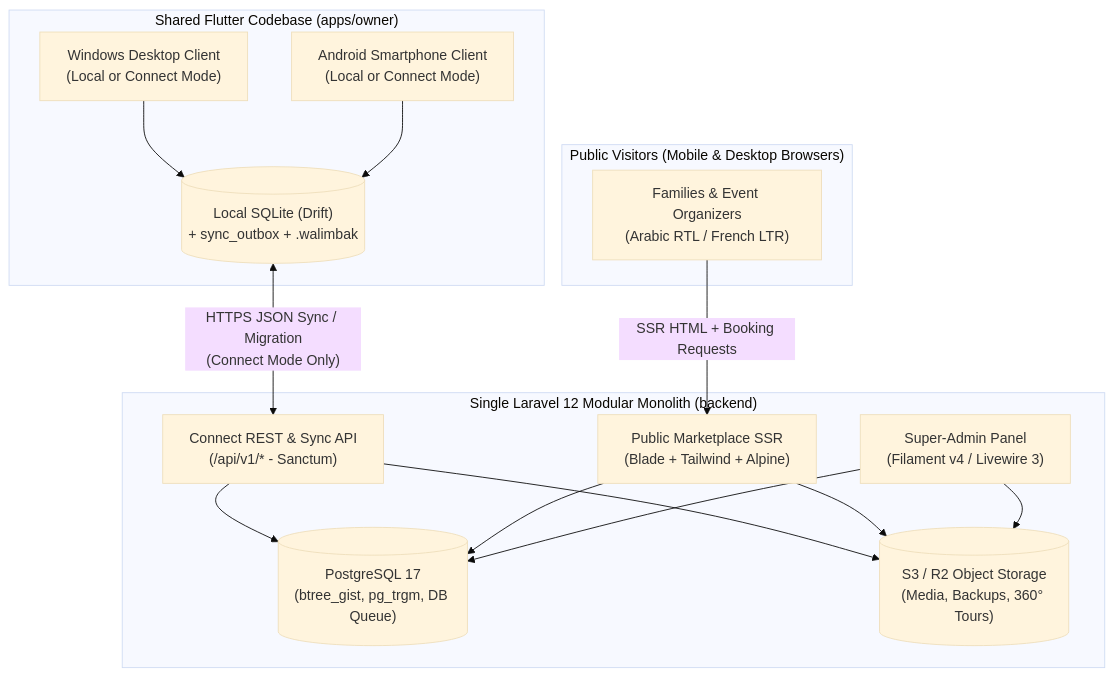
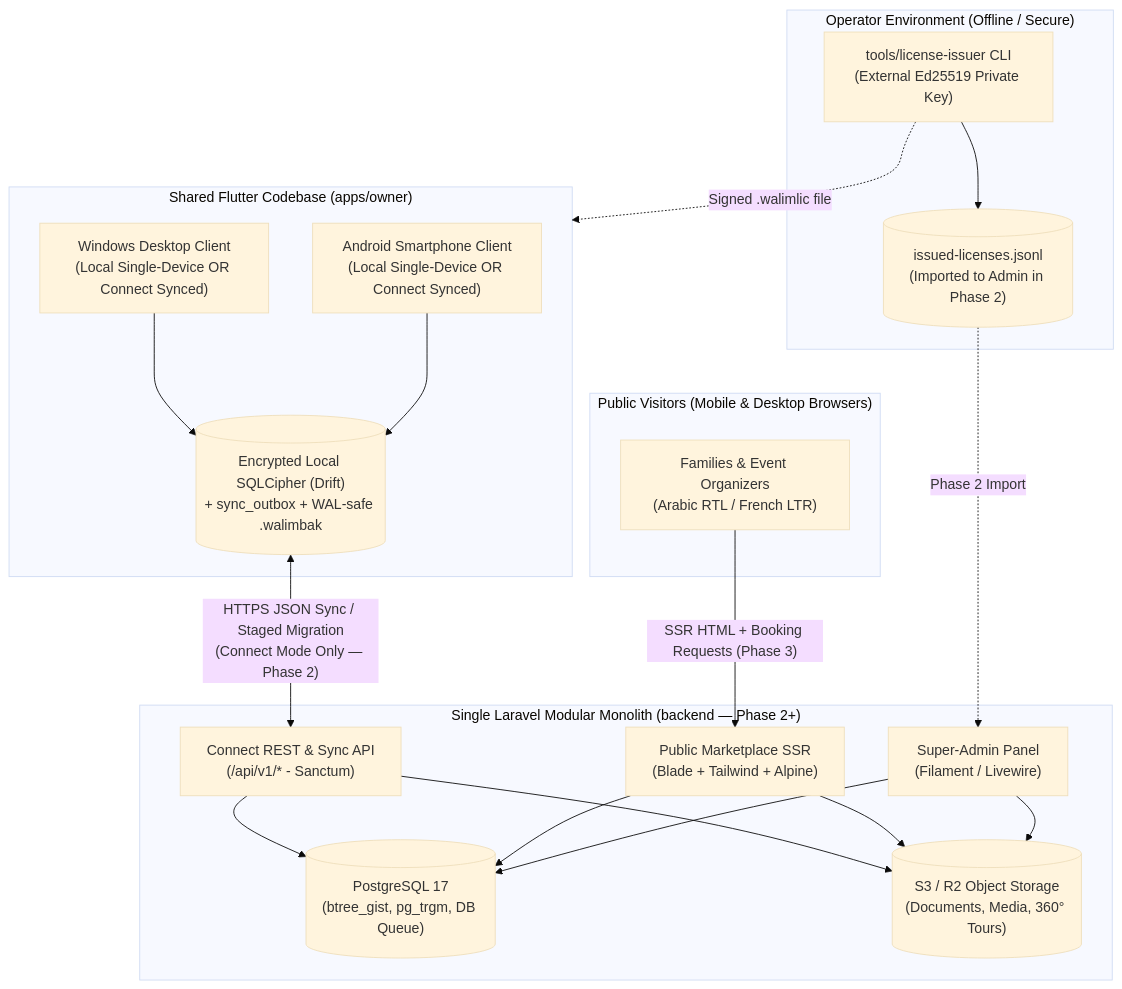
Before and after one commit to zBensadi/walimapp: the first of 2 diagrams in docs/architecture.md, drawn with Mermaid (base theme). The commit also changed other lines of this file and 10 other files, not shown here.

````diff
--- a/docs/architecture.md
+++ b/docs/architecture.md
@@ -20,32 +23,40 @@
 ```mermaid
 flowchart TB
+    subgraph Operator["Operator Environment (Offline / Secure)"]
+        IssuerCLI["tools/license-issuer CLI\n(External Ed25519 Private Key)"]
+        OperatorLedger[("issued-licenses.jsonl\n(Imported to Admin in Phase 2)")]
+        IssuerCLI --> OperatorLedger
+    end
+
     subgraph Clients["Shared Flutter Codebase (apps/owner)"]
-        WinApp["Windows Desktop Client\n(Local or Connect Mode)"]
-        AndApp["Android Smartphone Client\n(Local or Connect Mode)"]
-        LocalDB[("Local SQLite (Drift)\n+ sync_outbox + .walimbak")]
+        WinApp["Windows Desktop Client\n(Local Single-Device OR Connect Synced)"]
+        AndApp["Android Smartphone Client\n(Local Single-Device OR Connect Synced)"]
+        LocalDB[("Encrypted Local SQLCipher (Drift)\n+ sync_outbox + WAL-safe .walimbak")]
         WinApp --> LocalDB
         AndApp --> LocalDB
     end
 
     subgraph PublicUsers["Public Visitors (Mobile & Desktop Browsers)"]
         WebVisitor["Families & Event Organizers\n(Arabic RTL / French LTR)"]
     end
 
-    subgraph Backend["Single Laravel 12 Modular Monolith (backend)"]
+    subgraph Backend["Single Laravel Modular Monolith (backend — Phase 2+)"]
         SyncAPI["Connect REST & Sync API\n(/api/v1/* - Sanctum)"]
         SSRWeb["Public Marketplace SSR\n(Blade + Tailwind + Alpine)"]
-        AdminPanel["Super-Admin Panel\n(Filament v4 / Livewire 3)"]
+        AdminPanel["Super-Admin Panel\n(Filament / Livewire)"]
         PG[("PostgreSQL 17\n(btree_gist, pg_trgm, DB Queue)")]
-        ObjStore[("S3 / R2 Object Storage\n(Media, Backups, 360° Tours)")]
+        ObjStore[("S3 / R2 Object Storage\n(Documents, Media, 360° Tours)")]
 
         SyncAPI --> PG
         SSRWeb --> PG
         AdminPanel --> PG
         SyncAPI --> ObjStore
         SSRWeb --> ObjStore
         AdminPanel --> ObjStore
     end
 
-    LocalDB <-->|"HTTPS JSON Sync / Migration\n(Connect Mode Only)"| SyncAPI
-    WebVisitor -->|"SSR HTML + Booking Requests"| SSRWeb
+    IssuerCLI -.->|"Signed .walimlic file"| Clients
+    OperatorLedger -.->|"Phase 2 Import"| AdminPanel
+    LocalDB <-->|"HTTPS JSON Sync / Staged Migration\n(Connect Mode Only — Phase 2)"| SyncAPI
+    WebVisitor -->|"SSR HTML + Booking Requests (Phase 3)"| SSRWeb
 ```
````
